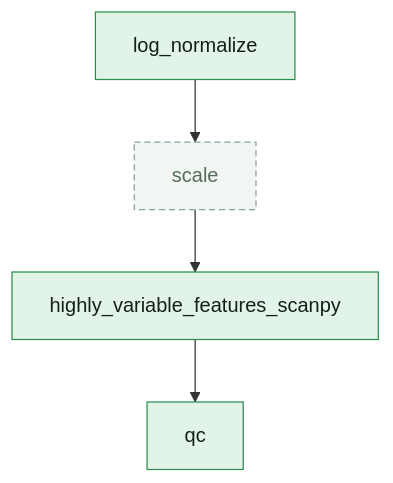
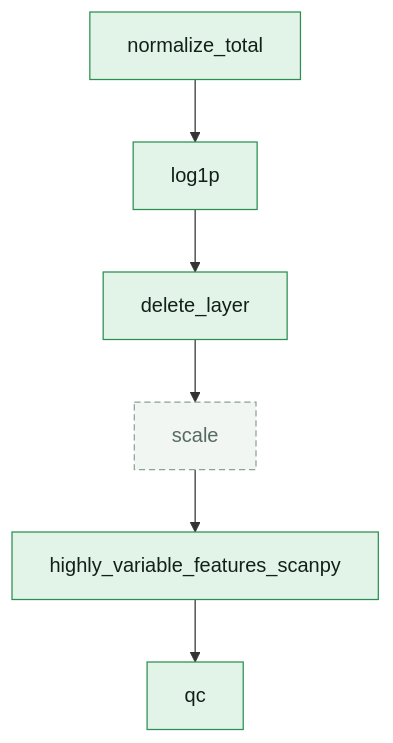
Before and after one commit to openpipelines-bio/openpipeline_docs: the diagram in reference/openpipeline/v4.2.0/workflows/rna/rna_multisample.qmd, drawn with Mermaid. The commit also changed 40 other files, not shown here.

````diff
--- a/reference/openpipeline/v4.2.0/workflows/rna/rna_multisample.qmd
+++ b/reference/openpipeline/v4.2.0/workflows/rna/rna_multisample.qmd
@@ -144,14 +144,20 @@
 ```{mermaid}
 flowchart TB
-    c_highly_variable_features_scanpy["highly_variable_features_scanpy"]
-    c_log_normalize["log_normalize"]
-    c_qc["qc"]
-    c_scale["scale"]
-    c_highly_variable_features_scanpy --> c_qc
-    c_log_normalize --> c_scale
-    c_scale --> c_highly_variable_features_scanpy
-    style c_highly_variable_features_scanpy fill:#e2f4e7,stroke:#2b8f52,color:#13201a
-    style c_log_normalize fill:#e2f4e7,stroke:#2b8f52,color:#13201a
-    style c_qc fill:#e2f4e7,stroke:#2b8f52,color:#13201a
-    style c_scale fill:#f2f6f3,stroke:#8ba295,stroke-dasharray:5 3,color:#566b5f
+    c_feature_annotation_highly_variable_features_scanpy["highly_variable_features_scanpy"]
+    c_transform_delete_layer["delete_layer"]
+    c_transform_log1p["log1p"]
+    c_transform_normalize_total["normalize_total"]
+    c_transform_scale["scale"]
+    c_workflows_qc_qc["qc"]
+    c_feature_annotation_highly_variable_features_scanpy --> c_workflows_qc_qc
+    c_transform_delete_layer --> c_transform_scale
+    c_transform_log1p --> c_transform_delete_layer
+    c_transform_normalize_total --> c_transform_log1p
+    c_transform_scale --> c_feature_annotation_highly_variable_features_scanpy
+    style c_feature_annotation_highly_variable_features_scanpy fill:#e2f4e7,stroke:#2b8f52,color:#13201a
+    style c_transform_delete_layer fill:#e2f4e7,stroke:#2b8f52,color:#13201a
+    style c_transform_log1p fill:#e2f4e7,stroke:#2b8f52,color:#13201a
+    style c_transform_normalize_total fill:#e2f4e7,stroke:#2b8f52,color:#13201a
+    style c_transform_scale fill:#f2f6f3,stroke:#8ba295,stroke-dasharray:5 3,color:#566b5f
+    style c_workflows_qc_qc fill:#e2f4e7,stroke:#2b8f52,color:#13201a
 ```
````
